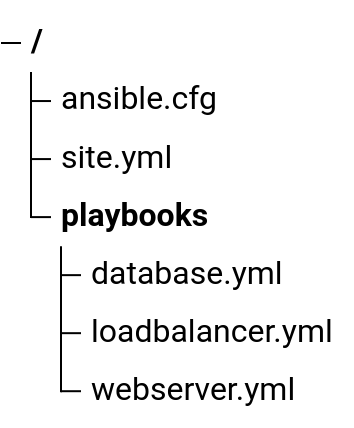
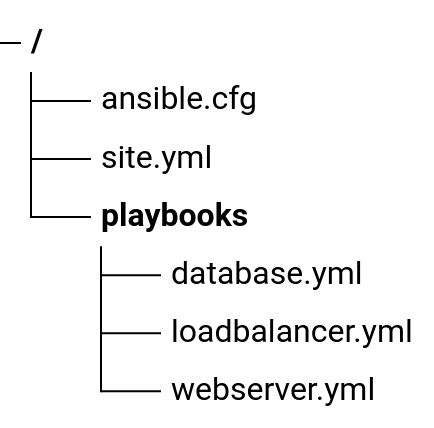
Before and after one commit to computacenter-com/ansible-best-practices: the diagram in docs/ansible/playbook.md, drawn with Mermaid (forest theme). The commit also changed 7 other files, not shown here.

Commit message:
Increased indentation for all treeView diagramms to improve readability.

````diff
--- a/docs/ansible/playbook.md
+++ b/docs/ansible/playbook.md
@@ -16,9 +16,14 @@
     ``` mermaid
+    ---
+    config:
+      treeView:
+        rowIndent: 30
+    ---
     treeView-beta
     ├── ansible.cfg
     ├── site.yml
     └── playbooks/
         ├── database.yml
         ├── loadbalancer.yml
         └── webserver.yml
     ```
````
